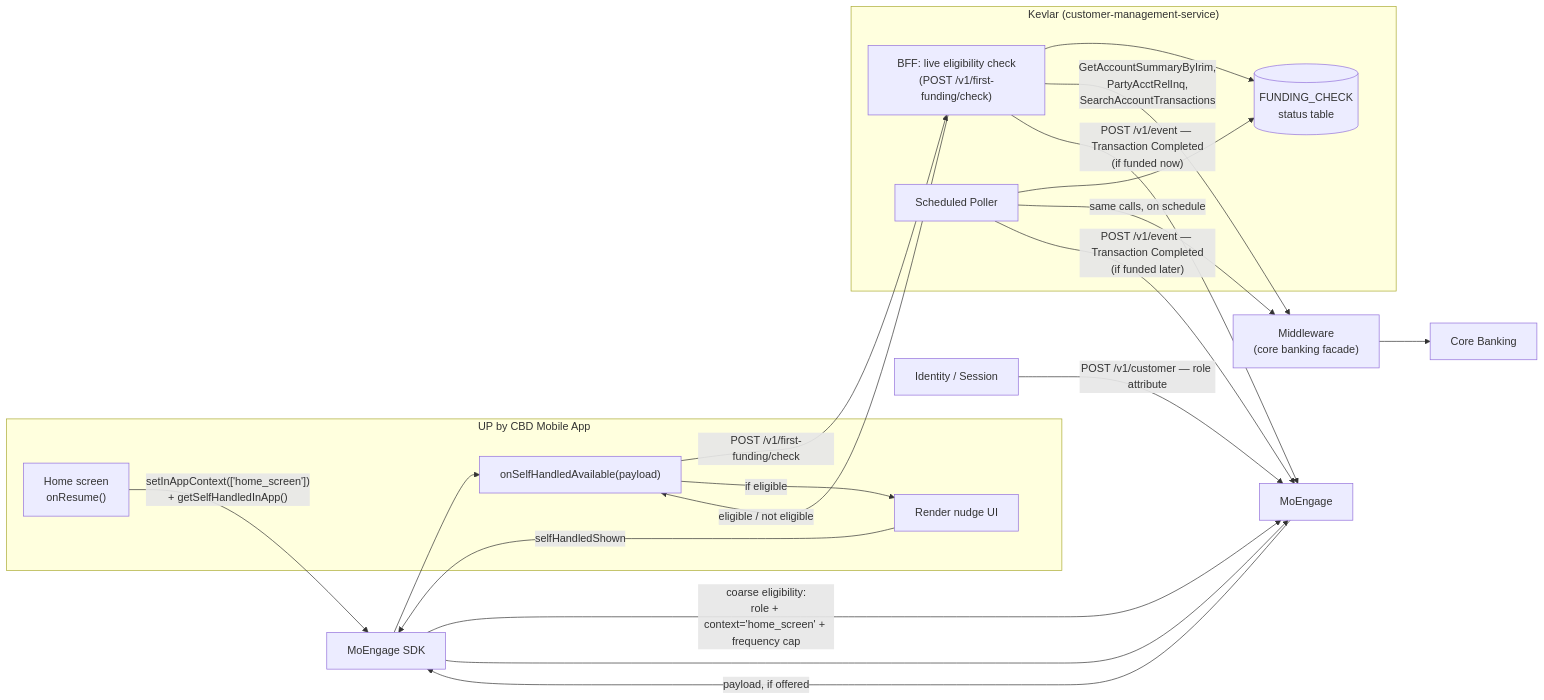
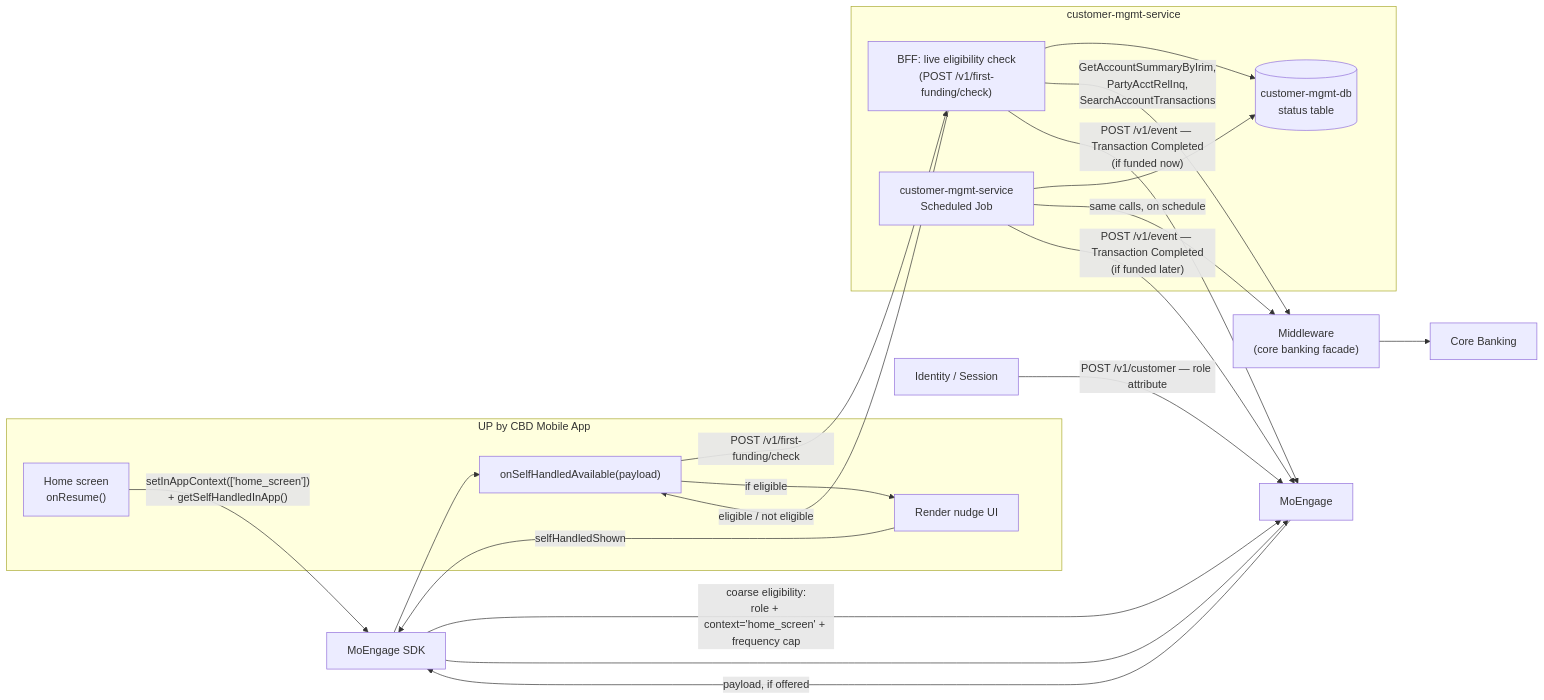
The first of 3 diagrams in nudges/First-founding-moengage-sdk-delivery-solution-design.md (tbrudnicki/cbd), drawn with Mermaid before and after one commit. The commit also changed other lines of this file, not shown here.

```diff
--- a/nudges/First-founding-moengage-sdk-delivery-solution-design.md
+++ b/nudges/First-founding-moengage-sdk-delivery-solution-design.md
@@ -29,34 +29,34 @@
 ::: mermaid
 flowchart LR
   subgraph MOBILE["UP by CBD Mobile App"]
     HOME["Home screen<br>onResume()"]
     CB_APP["onSelfHandledAvailable(payload)"]
     RENDER["Render nudge UI"]
   end
 
-  subgraph KV["Kevlar (customer-management-service)"]
+  subgraph KV["customer-mgmt-service"]
     BFF["BFF: live eligibility check<br>(POST /v1/first-funding/check)"]
-    SCHED["Scheduled Poller"]
-    DB[("FUNDING_CHECK<br>status table")]
+    SCHED["customer-mgmt-service<br>Scheduled Job"]
+    DB[("customer-mgmt-db<br>status table")]
   end
 
   HOME -->|"setInAppContext(['home_screen'])<br>+ getSelfHandledInApp()"| SDK["MoEngage SDK"]
   SDK -->|"coarse eligibility:<br>role + context='home_screen' + frequency cap"| MOE[MoEngage]
   MOE -->|"payload, if offered"| SDK --> CB_APP
   CB_APP -->|"POST /v1/first-funding/check"| BFF
 
   BFF --> DB
   SCHED --> DB
   BFF -->|"GetAccountSummaryByIrim,<br>PartyAcctRelInq,<br>SearchAccountTransactions"| MW["Middleware<br>(core banking facade)"]
   SCHED -->|"same calls, on schedule"| MW
   MW --> CBK[Core Banking]
 
   BFF -->|"eligible / not eligible"| CB_APP
   CB_APP -->|"if eligible"| RENDER
   RENDER -->|"selfHandledShown"| SDK --> MOE
 
   BFF -->|"POST /v1/event — Transaction Completed<br>(if funded now)"| MOE
   SCHED -->|"POST /v1/event — Transaction Completed<br>(if funded later)"| MOE
 
   ID["Identity / Session"] -->|"POST /v1/customer — role attribute"| MOE
 :::
```
